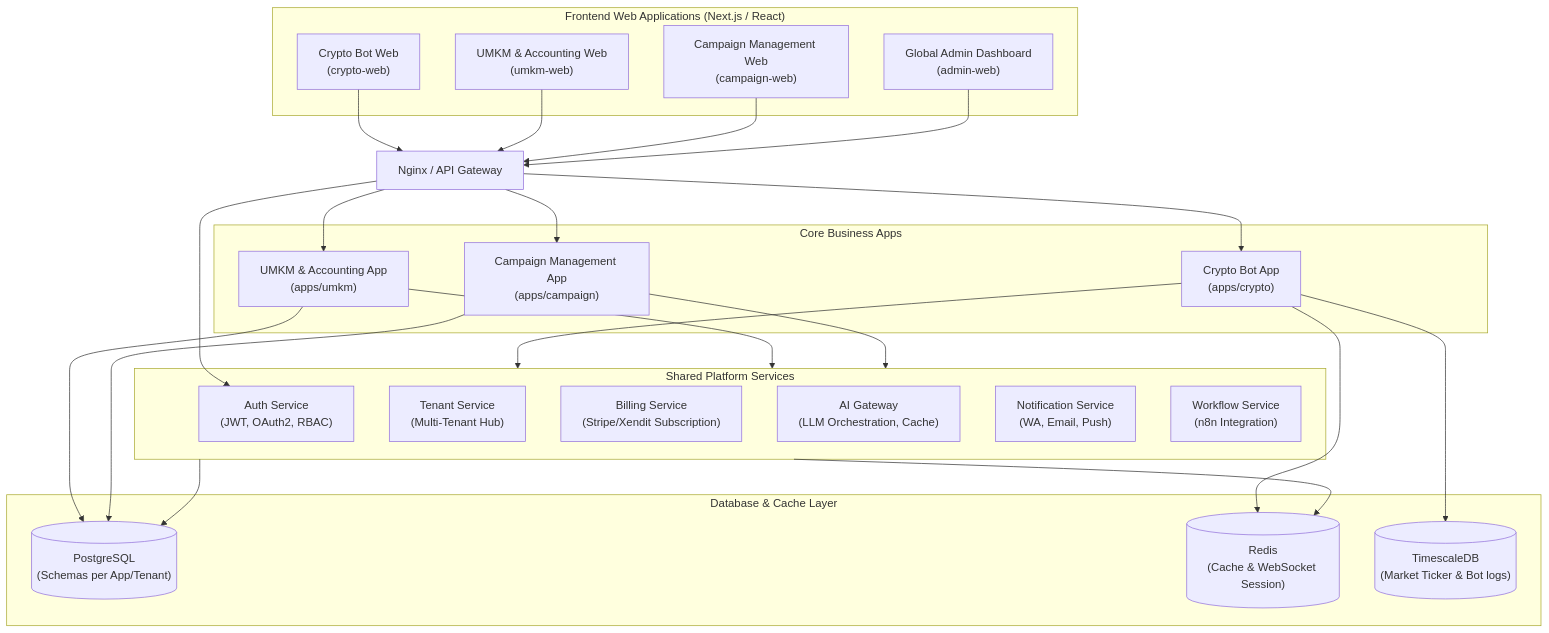
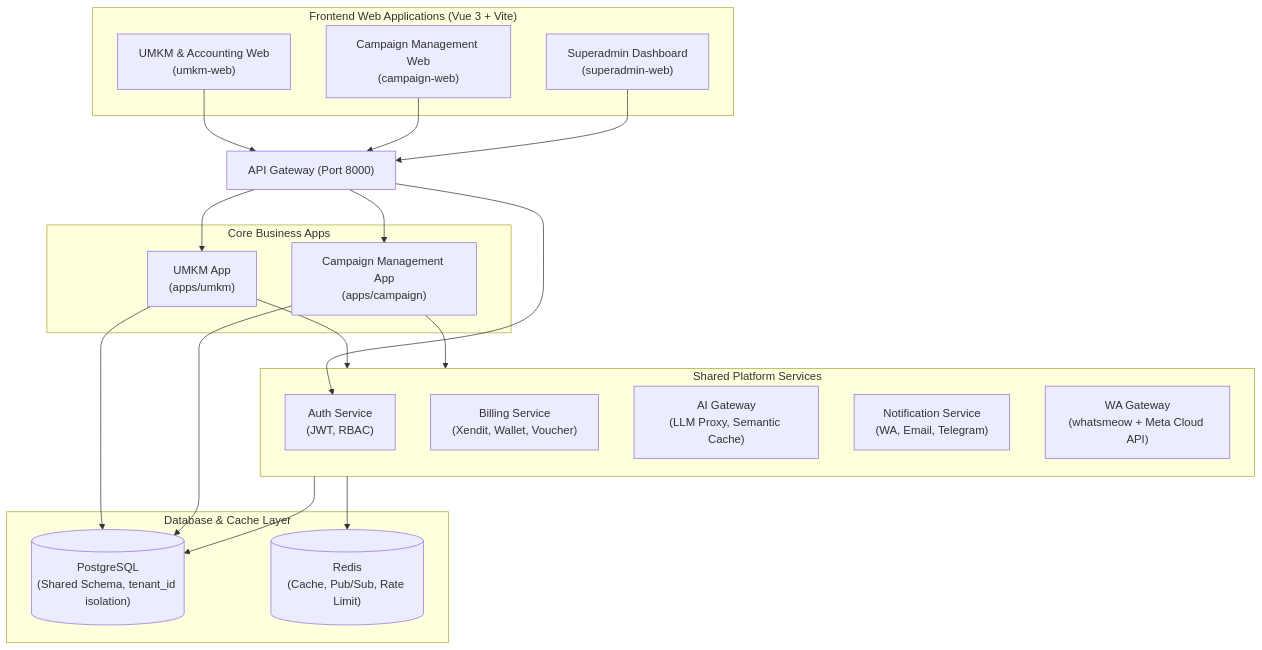
The diagram in docs/master_plan.md (nzf210/core_project), drawn with Mermaid before and after one commit. The commit also changed other lines of this file and 9 other files, not shown here.

First line of the commit message:
feat: Update WCH Platform PRD to version 1.1.0, archive Crypto Trading Bot, and standardize tier names

````diff
--- a/docs/master_plan.md
+++ b/docs/master_plan.md
@@ -17,58 +17,49 @@
 ```mermaid
 graph TD
     %% Frontend Layer
-    subgraph Frontend ["Frontend Web Applications (Next.js / React)"]
-        FE_Crypto["Crypto Bot Web<br/>(crypto-web)"]
+    subgraph Frontend ["Frontend Web Applications (Vue 3 + Vite)"]
         FE_UMKM["UMKM & Accounting Web<br/>(umkm-web)"]
         FE_Campaign["Campaign Management Web<br/>(campaign-web)"]
-        FE_Admin["Global Admin Dashboard<br/>(admin-web)"]
+        FE_Admin["Superadmin Dashboard<br/>(superadmin-web)"]
     end
 
     %% API Gateway Layer
-    Gateway["Nginx / API Gateway"]
+    Gateway["API Gateway (Port 8000)"]
 
     %% Services / Backend apps
     subgraph CoreApps ["Core Business Apps"]
-        App_Crypto["Crypto Bot App<br/>(apps/crypto)"]
-        App_UMKM["UMKM & Accounting App<br/>(apps/umkm)"]
+        App_UMKM["UMKM App<br/>(apps/umkm)"]
         App_Campaign["Campaign Management App<br/>(apps/campaign)"]
     end
 
     subgraph SharedServices ["Shared Platform Services"]
-        S_Auth["Auth Service<br/>(JWT, OAuth2, RBAC)"]
-        S_Tenant["Tenant Service<br/>(Multi-Tenant Hub)"]
-        S_Billing["Billing Service<br/>(Stripe/Xendit Subscription)"]
-        S_AI["AI Gateway<br/>(LLM Orchestration, Cache)"]
-        S_Notify["Notification Service<br/>(WA, Email, Push)"]
-        S_Workflow["Workflow Service<br/>(n8n Integration)"]
+        S_Auth["Auth Service<br/>(JWT, RBAC)"]
+        S_Billing["Billing Service<br/>(Xendit, Wallet, Voucher)"]
+        S_AI["AI Gateway<br/>(LLM Proxy, Semantic Cache)"]
+        S_Notify["Notification Service<br/>(WA, Email, Telegram)"]
+        S_WA["WA Gateway<br/>(whatsmeow + Meta Cloud API)"]
     end
 
     %% Database Layer
     subgraph Databases ["Database & Cache Layer"]
-        DB_Postgres[("PostgreSQL<br/>(Schemas per App/Tenant)")]
-        DB_Redis[("Redis<br/>(Cache & WebSocket Session)")]
-        DB_Timescale[("TimescaleDB<br/>(Market Ticker & Bot logs)")]
+        DB_Postgres[("PostgreSQL<br/>(Shared Schema, tenant_id isolation)")]
+        DB_Redis[("Redis<br/>(Cache, Pub/Sub, Rate Limit)")]
     end
 
     %% Connections
-    FE_Crypto --> Gateway
     FE_UMKM --> Gateway
     FE_Campaign --> Gateway
     FE_Admin --> Gateway
 
     Gateway --> S_Auth
-    Gateway --> App_Crypto
     Gateway --> App_UMKM
     Gateway --> App_Campaign
 
-    App_Crypto --> SharedServices
     App_UMKM --> SharedServices
     App_Campaign --> SharedServices
 
     SharedServices --> DB_Postgres
     SharedServices --> DB_Redis
-    App_Crypto --> DB_Timescale
-    App_Crypto --> DB_Redis
     App_UMKM --> DB_Postgres
     App_Campaign --> DB_Postgres
 ```
````
